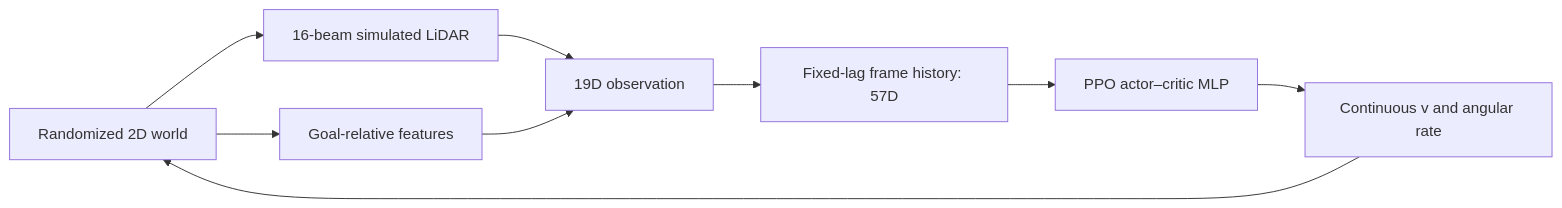
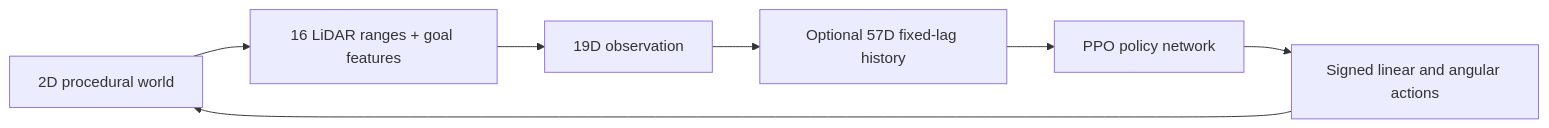
The diagram in README.md (eltasco/mapless-ppo-navigation), drawn with Mermaid before and after one commit. The commit also changed other lines of this file, not shown here.

````diff
--- a/README.md
+++ b/README.md
@@ -130,11 +115,9 @@
 ```mermaid
 flowchart LR
-    A[Randomized 2D world] --> B[16-beam simulated LiDAR]
-    A --> C[Goal-relative features]
-    B --> D[19D observation]
-    C --> D
-    D --> E[Fixed-lag frame history: 57D]
-    E --> F[PPO actor–critic MLP]
-    F --> G[Continuous v and angular rate]
-    G --> A
+    A[2D procedural world] --> B[16 LiDAR ranges + goal features]
+    B --> C[19D observation]
+    C --> D[Optional 57D fixed-lag history]
+    D --> E[PPO policy network]
+    E --> F[Signed linear and angular actions]
+    F --> A
 ```
````
